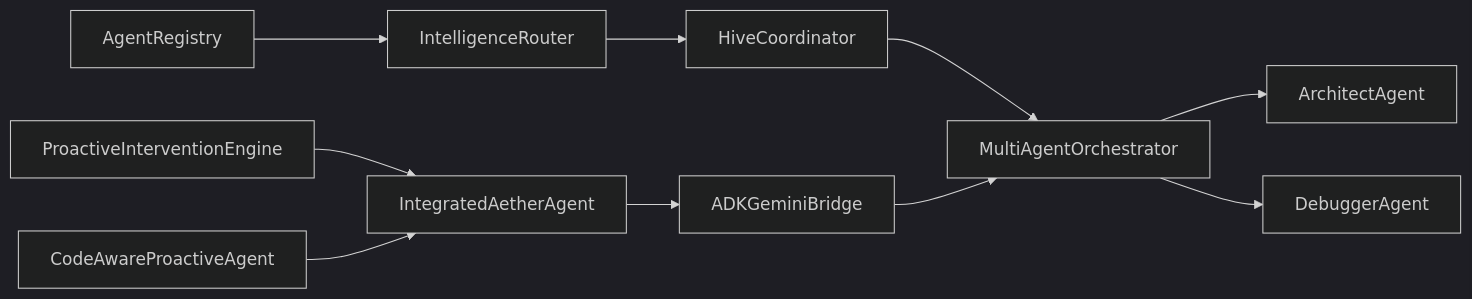
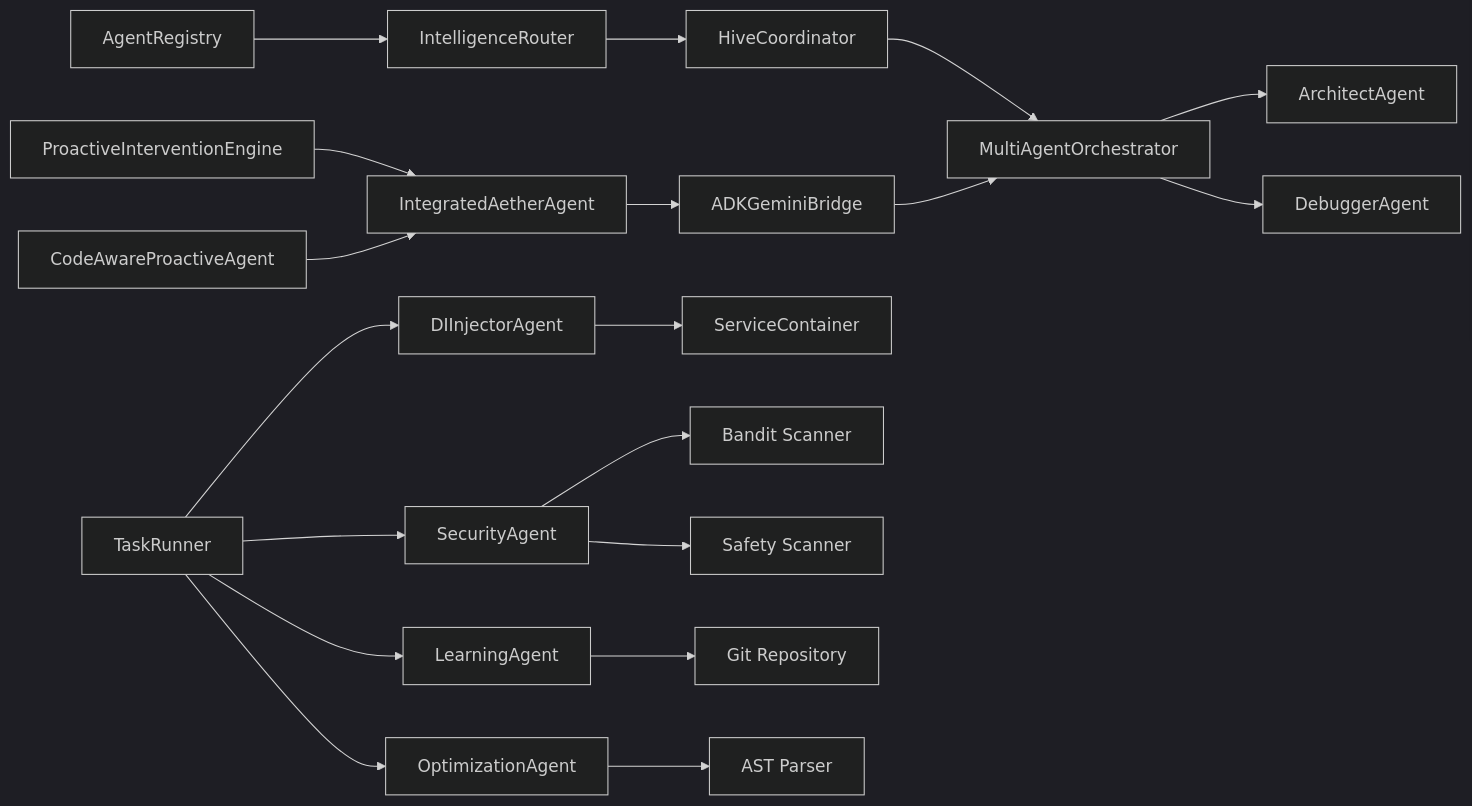
Before and after one commit to Moeabdelaziz007/Aether-Voice-OS: the tenth of 10 diagrams in .qoder/repowiki/en/content/AI Integration Layer/Agent Management System/Agent Management System.md, drawn with Mermaid (dark theme). The commit also changed other lines of this file and 29 other files, not shown here.

````diff
--- a/.qoder/repowiki/en/content/AI Integration Layer/Agent Management System/Agent Management System.md
+++ b/.qoder/repowiki/en/content/AI Integration Layer/Agent Management System/Agent Management System.md
@@ -475,12 +707,21 @@
 ```mermaid
 graph LR
 REG["AgentRegistry"] --> IR["IntelligenceRouter"]
 IR --> HC["HiveCoordinator"]
 HC --> MAO["MultiAgentOrchestrator"]
 MAO --> AR["ArchitectAgent"]
 MAO --> DG["DebuggerAgent"]
 IA["IntegratedAetherAgent"] --> BR["ADKGeminiBridge"]
 BR --> MAO
 PR["ProactiveInterventionEngine"] --> IA
 CA["CodeAwareProactiveAgent"] --> IA
+TR["TaskRunner"] --> DI["DIInjectorAgent"]
+TR --> SA["SecurityAgent"]
+TR --> LA["LearningAgent"]
+TR --> OA["OptimizationAgent"]
+DI --> SC["ServiceContainer"]
+SA --> EXT1["Bandit Scanner"]
+SA --> EXT2["Safety Scanner"]
+LA --> GIT["Git Repository"]
+OA --> AST["AST Parser"]
 ```
````
